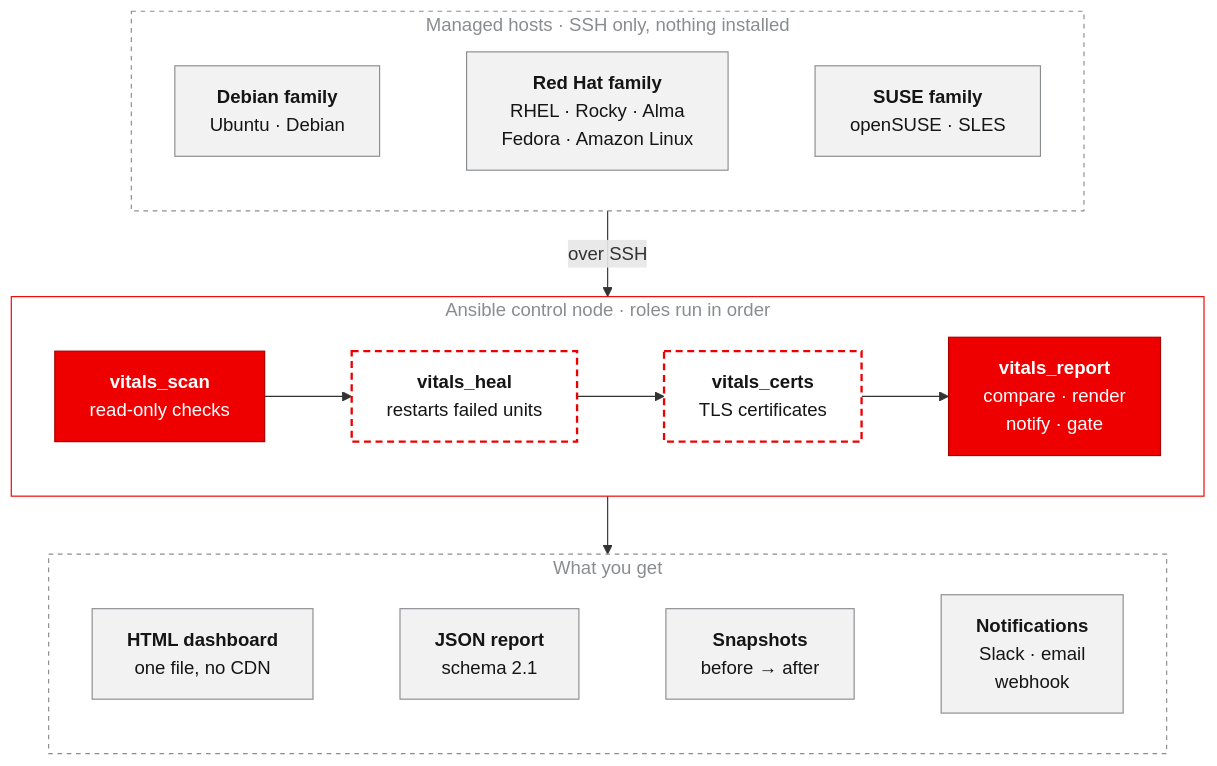
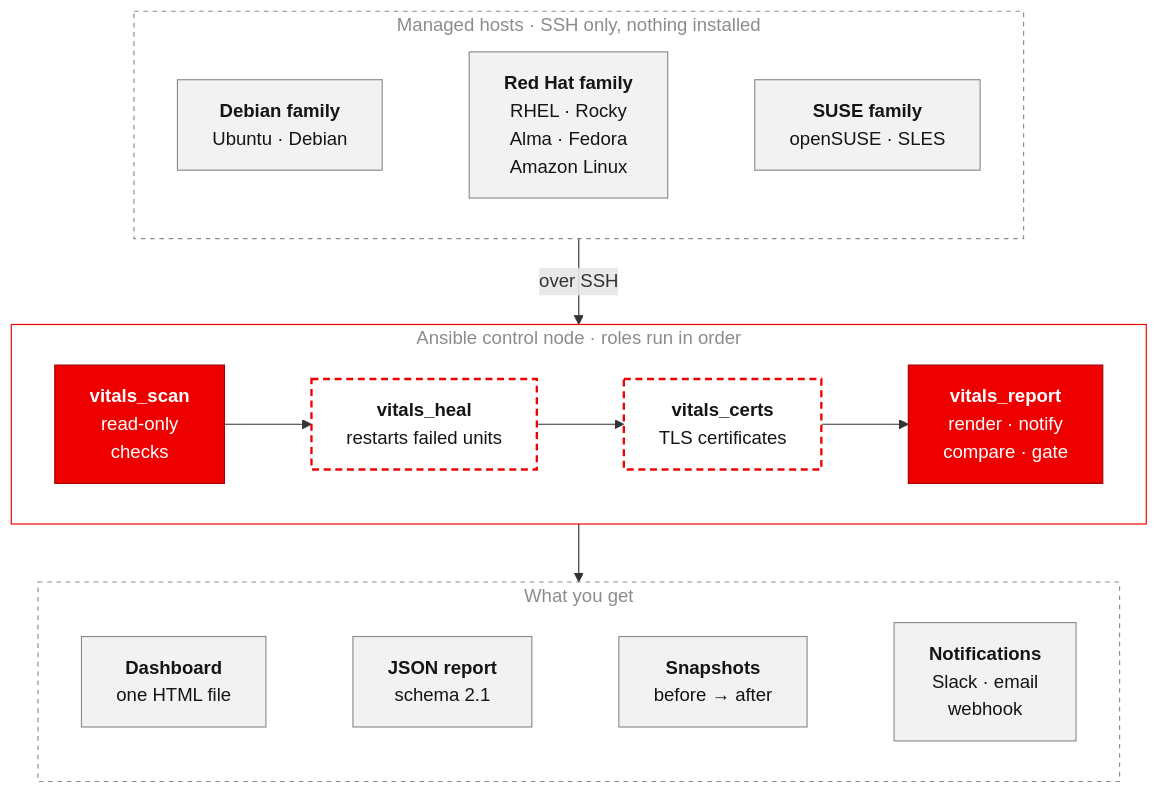
Before and after one commit to sameeralam3127/linux-vitals: the diagram in README.md, drawn with Mermaid.

Commit message:
docs: shorten diagram labels that wrapped

````diff
--- a/README.md
+++ b/README.md
@@ -321,41 +321,41 @@
 ```mermaid
 flowchart TB
     subgraph FLEET["Managed hosts · SSH only, nothing installed"]
         direction LR
         DEB["<b>Debian family</b><br/>Ubuntu · Debian"]
-        RH["<b>Red Hat family</b><br/>RHEL · Rocky · Alma<br/>Fedora · Amazon Linux"]
+        RH["<b>Red Hat family</b><br/>RHEL · Rocky<br/>Alma · Fedora<br/>Amazon Linux"]
         SUSE["<b>SUSE family</b><br/>openSUSE · SLES"]
         DEB ~~~ RH ~~~ SUSE
     end
 
     subgraph ROLES["Ansible control node · roles run in order"]
         direction LR
-        SCAN["<b>vitals_scan</b><br/>read-only checks"]
+        SCAN["<b>vitals_scan</b><br/>read-only<br/>checks"]
         HEAL["<b>vitals_heal</b><br/>restarts failed units"]
         CERTS["<b>vitals_certs</b><br/>TLS certificates"]
-        REPORT["<b>vitals_report</b><br/>compare · render<br/>notify · gate"]
+        REPORT["<b>vitals_report</b><br/>render · notify<br/>compare · gate"]
         SCAN --> HEAL --> CERTS --> REPORT
     end
 
     subgraph OUT["What you get"]
         direction LR
-        HTML["<b>HTML dashboard</b><br/>one file, no CDN"]
+        HTML["<b>Dashboard</b><br/>one HTML file"]
         JSON["<b>JSON report</b><br/>schema 2.1"]
         SNAP["<b>Snapshots</b><br/>before → after"]
         MSG["<b>Notifications</b><br/>Slack · email<br/>webhook"]
         HTML ~~~ JSON ~~~ SNAP ~~~ MSG
     end
 
     FLEET -->|"over SSH"| ROLES
     ROLES --> OUT
 
     classDef core fill:#ee0000,stroke:#a60000,color:#ffffff
     classDef optin fill:#ffffff,stroke:#ee0000,stroke-width:2px,stroke-dasharray:6 4,color:#151515
     classDef item fill:#f2f2f2,stroke:#8a8d90,color:#151515
     class SCAN,REPORT core
     class HEAL,CERTS optin
     class DEB,RH,SUSE,HTML,JSON,SNAP,MSG item
     style ROLES fill:none,stroke:#ee0000,stroke-width:1px,color:#8a8d90
     style FLEET fill:none,stroke:#8a8d90,stroke-dasharray:4 4,color:#8a8d90
     style OUT fill:none,stroke:#8a8d90,stroke-dasharray:4 4,color:#8a8d90
 ```
````
